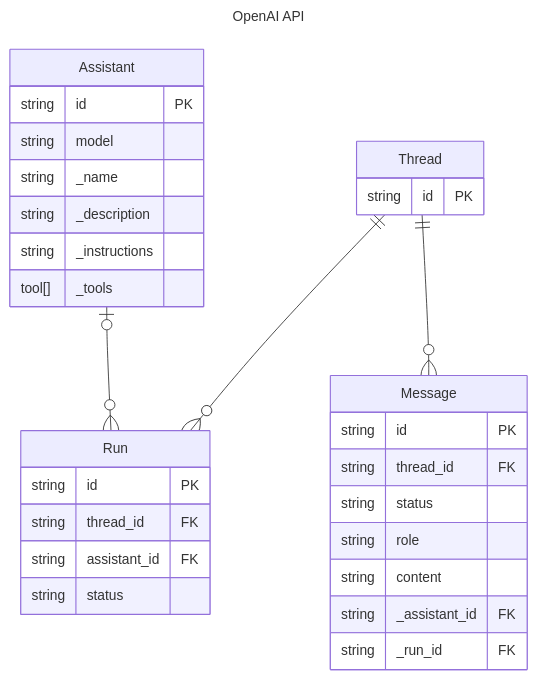
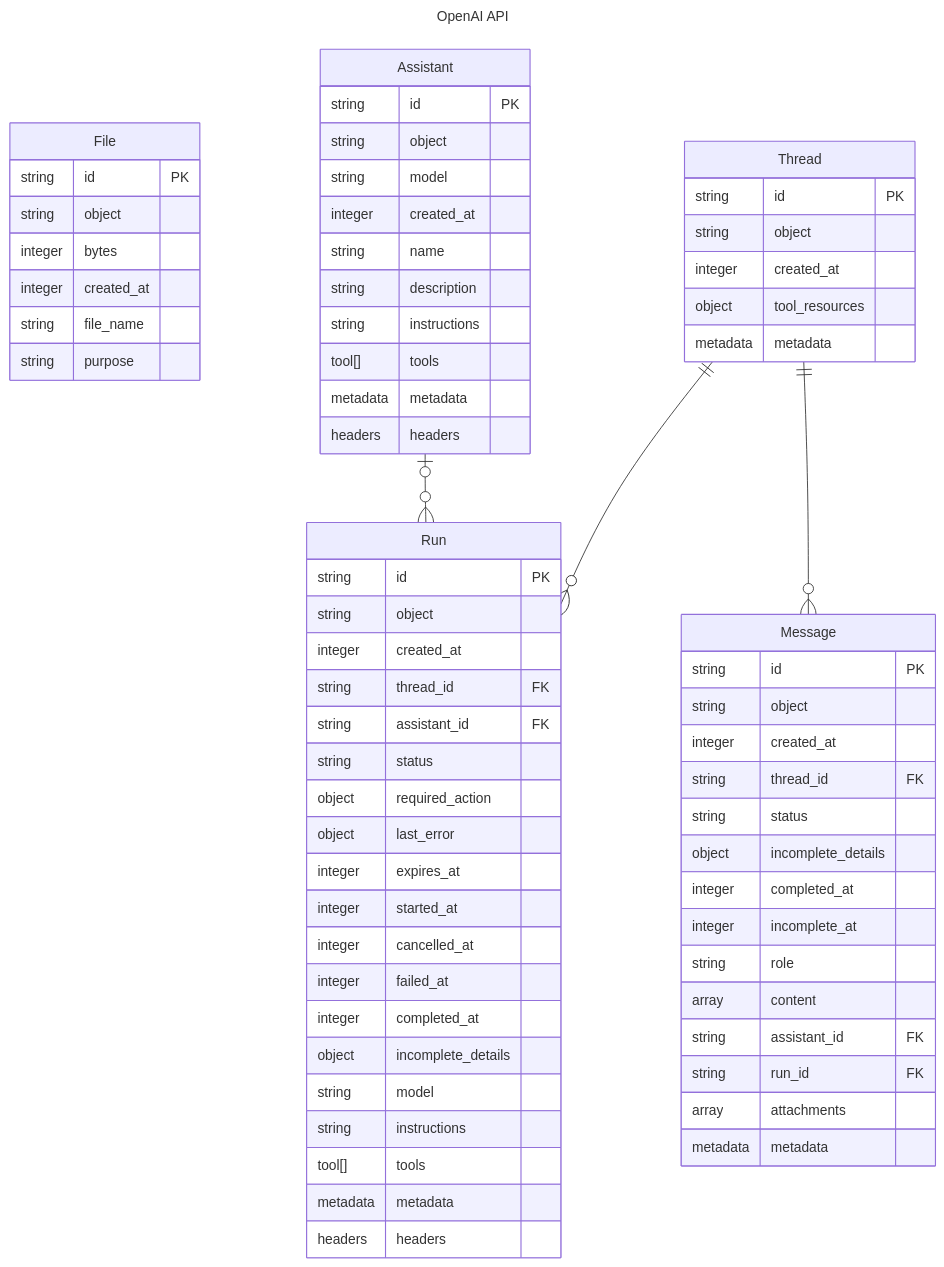
Before and after one commit to Wandalen/wTools: the diagram in module/move/assistant/design/entities.mmd, drawn with Mermaid. The commit also changed 2 other files, not shown here.

```diff
--- a/module/move/assistant/design/entities.mmd
+++ b/module/move/assistant/design/entities.mmd
@@ -1,38 +1,77 @@
 ---
 title: OpenAI API
 ---
 erDiagram
+    File {
+        string id PK
+        string object
+        integer bytes
+        integer created_at
+        string file_name
+        string purpose
+    }
+
     Assistant {
         string id PK
+        string object
         string model
-        string _name
-        string _description
-        string _instructions
-        tool[] _tools
+        integer created_at
+        string name
+        string description
+        string instructions
+        tool[] tools
+        metadata metadata
+        headers headers
     }
 
     Thread {
         string id PK
+        string object
+        integer created_at
+        object tool_resources
+        metadata metadata
     }
 
     Message {
         string id PK
+        string object
+        integer created_at
         string thread_id FK
         string status
+        object incomplete_details
+        integer completed_at
+        integer incomplete_at
         string role
-        string content
-        string _assistant_id FK
-        string _run_id FK
+        array content
+        string assistant_id FK
+        string run_id FK
+        array attachments
+        metadata metadata
     }
 
     Run {
         string id PK
+        string object
+        integer created_at
         string thread_id FK
         string assistant_id FK
         string status
+        object required_action
+        object last_error
+        integer expires_at
+        integer started_at
+        integer cancelled_at
+        integer failed_at
+        integer completed_at
+        object incomplete_details
+        string model
+        string instructions
+        tool[] tools
+        metadata metadata
+        headers headers
     }
     
     Assistant |o--o{ Run : ""
 
     Thread ||--o{ Message : ""
     Thread ||--o{ Run: ""
```
